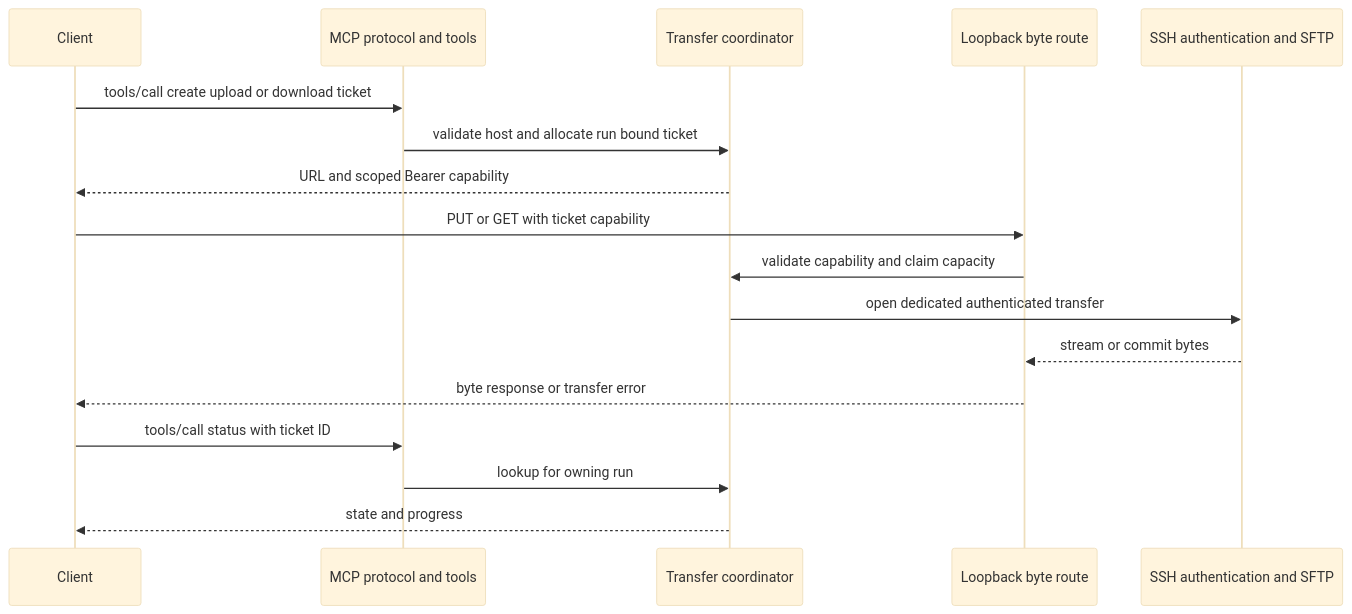
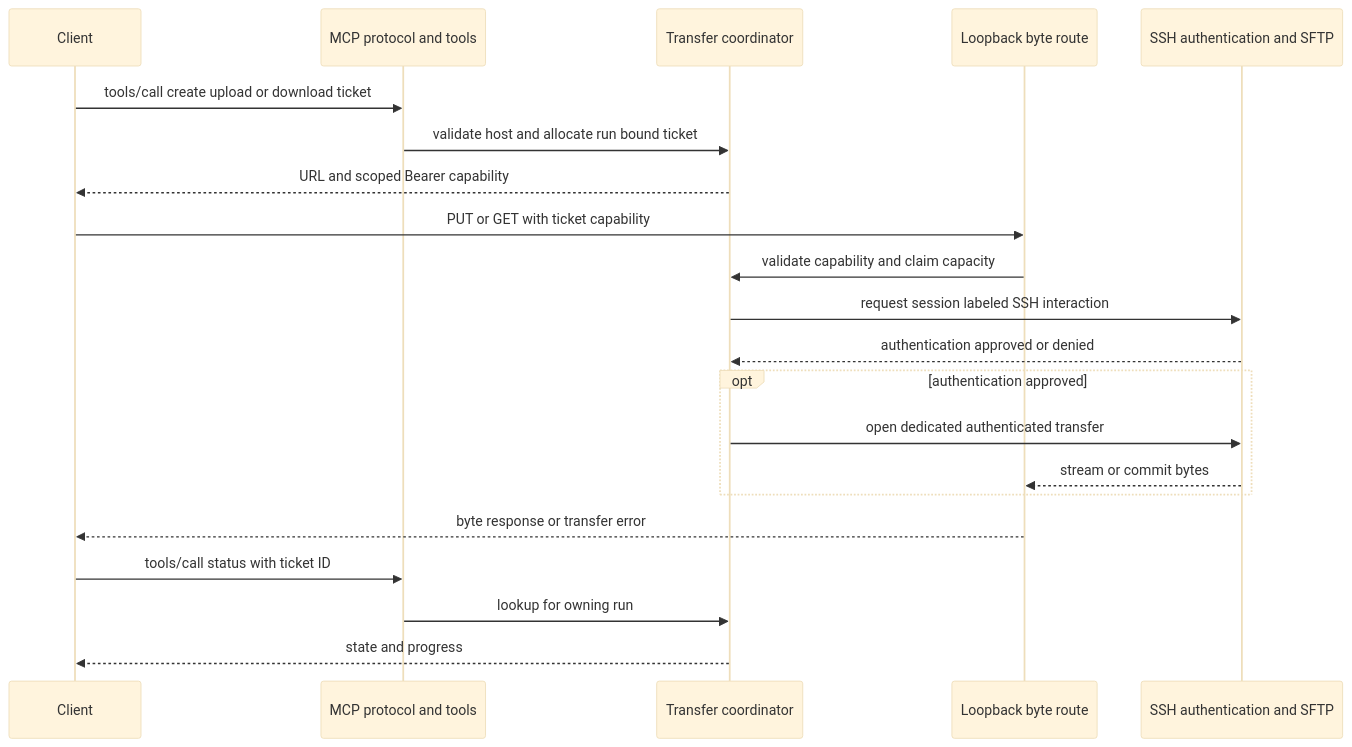
The second of 4 diagrams in openwiki/integrations/mcp-server-and-bridge.md (AkinoKaede/Termind), drawn with Mermaid (base theme) before and after one commit. The commit also changed other lines of this file and 49 other files, not shown here.

````diff
--- a/openwiki/integrations/mcp-server-and-bridge.md
+++ b/openwiki/integrations/mcp-server-and-bridge.md
@@ -148,19 +152,23 @@
 ```mermaid
 sequenceDiagram
     participant Client
     participant MCP as MCP protocol and tools
     participant Tickets as Transfer coordinator
     participant HTTP as Loopback byte route
     participant SFTP as SSH authentication and SFTP
     Client->>MCP: tools/call create upload or download ticket
     MCP->>Tickets: validate host and allocate run bound ticket
     Tickets-->>Client: URL and scoped Bearer capability
     Client->>HTTP: PUT or GET with ticket capability
     HTTP->>Tickets: validate capability and claim capacity
-    Tickets->>SFTP: open dedicated authenticated transfer
-    SFTP-->>HTTP: stream or commit bytes
+    Tickets->>SFTP: request session labeled SSH interaction
+    SFTP-->>Tickets: authentication approved or denied
+    opt authentication approved
+        Tickets->>SFTP: open dedicated authenticated transfer
+        SFTP-->>HTTP: stream or commit bytes
+    end
     HTTP-->>Client: byte response or transfer error
     Client->>MCP: tools/call status with ticket ID
     MCP->>Tickets: lookup for owning run
     Tickets-->>Client: state and progress
 ```
````
